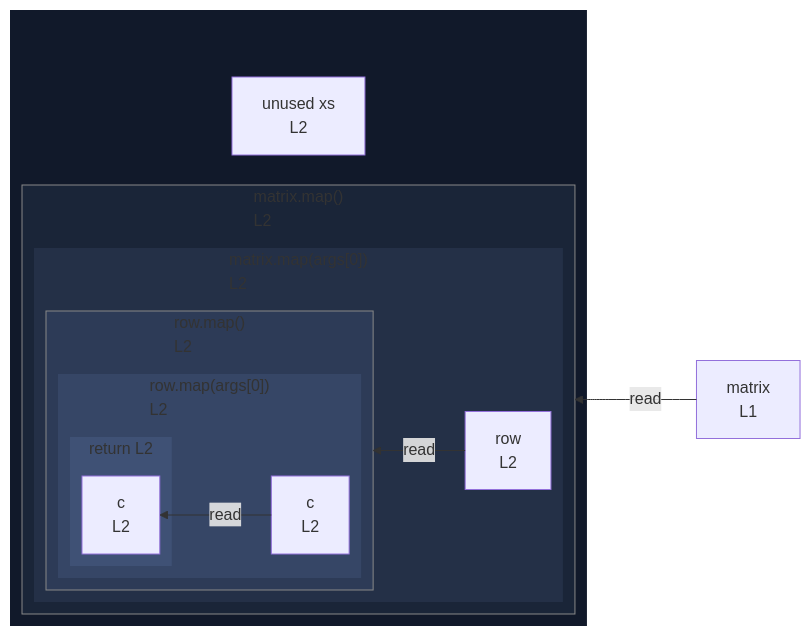
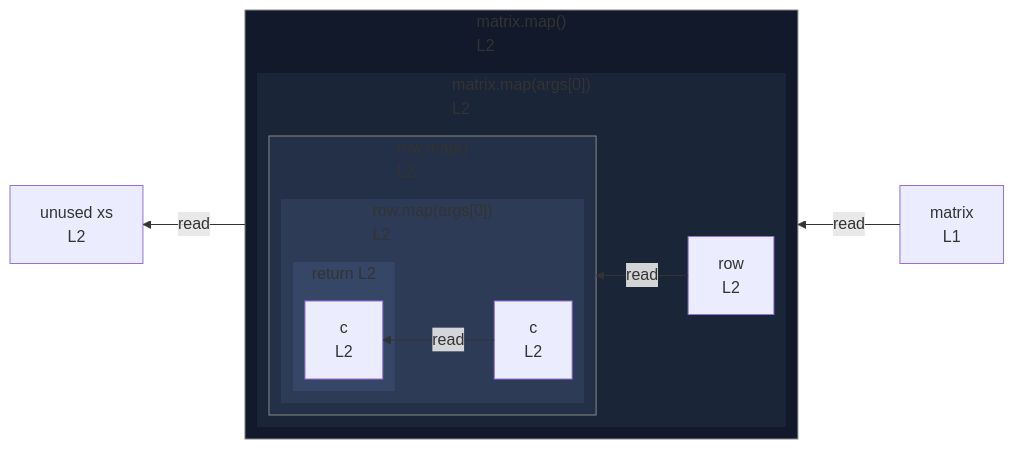
The diagram in integration/fixtures/callback/nested-map/depth-2/preview.md (crescware/unsnarl), drawn with Mermaid before and after one commit. The commit also changed 105 other files, not shown here.

````diff
--- a/integration/fixtures/callback/nested-map/depth-2/preview.md
+++ b/integration/fixtures/callback/nested-map/depth-2/preview.md
@@ -18,45 +18,41 @@
 ```mermaid
 %%{init: {"flowchart": {"defaultRenderer": "elk"}}}%%
 flowchart RL
   n_scope_0_matrix_6["matrix<br/>L1"]
-  subgraph wrap_call_proxy_44[" "]
-    direction TB
-    n_scope_0_xs_39["unused xs<br/>L2"]
-    subgraph call_proxy_44["matrix.map()<br/>L2"]
+  n_scope_0_xs_39["unused xs<br/>L2"]
+  subgraph call_proxy_44["matrix.map()<br/>L2"]
+    direction RL
+    subgraph s_scope_1["matrix.map(args[0])<br/>L2"]
       direction RL
-      subgraph s_scope_1["matrix.map(args[0])<br/>L2"]
+      n_scope_1_row_56["row<br/>L2"]
+      subgraph call_proxy_64["row.map()<br/>L2"]
         direction RL
-        n_scope_1_row_56["row<br/>L2"]
-        subgraph call_proxy_64["row.map()<br/>L2"]
+        subgraph s_scope_2["row.map(args[0])<br/>L2"]
           direction RL
-          subgraph s_scope_2["row.map(args[0])<br/>L2"]
+          n_scope_2_c_73["c<br/>L2"]
+          subgraph s_return_scope_2_79_84["return L2"]
             direction RL
-            n_scope_2_c_73["c<br/>L2"]
-            subgraph s_return_scope_2_79_84["return L2"]
-              direction RL
-              ret_use_ref_4["c<br/>L2"]
-            end
+            ret_use_ref_4["c<br/>L2"]
           end
         end
       end
     end
   end
+  call_proxy_44 -->|read| n_scope_0_xs_39
   n_scope_0_matrix_6 -->|read| call_proxy_44
   n_scope_1_row_56 -->|read| call_proxy_64
   n_scope_2_c_73 -->|read| ret_use_ref_4
   classDef nestL1 fill:#11192a,stroke:transparent;
-  class wrap_call_proxy_44 nestL1;
+  class call_proxy_44 nestL1;
   classDef nestL2 fill:#1a2538,stroke:transparent;
-  class call_proxy_44 nestL2;
+  class s_scope_1 nestL2;
   classDef nestL3 fill:#243047,stroke:transparent;
-  class s_scope_1 nestL3;
+  class call_proxy_64 nestL3;
   classDef nestL4 fill:#2d3b57,stroke:transparent;
-  class call_proxy_64 nestL4;
+  class s_scope_2 nestL4;
   classDef nestL5 fill:#364666,stroke:transparent;
-  class s_scope_2 nestL5;
-  classDef nestL6 fill:#3f5175,stroke:transparent;
-  class s_return_scope_2_79_84 nestL6;
+  class s_return_scope_2_79_84 nestL5;
   classDef edgeTargetSubgraph stroke:#888;
   class call_proxy_44 edgeTargetSubgraph;
   class call_proxy_64 edgeTargetSubgraph;
 ```
````
